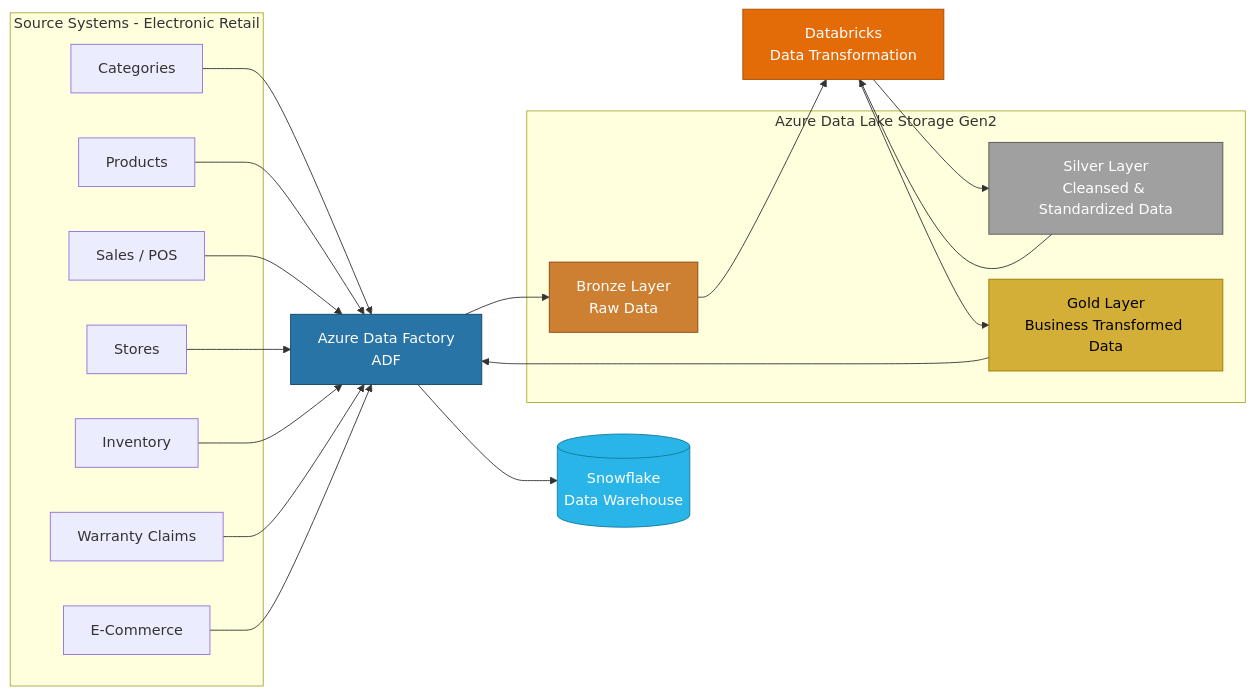
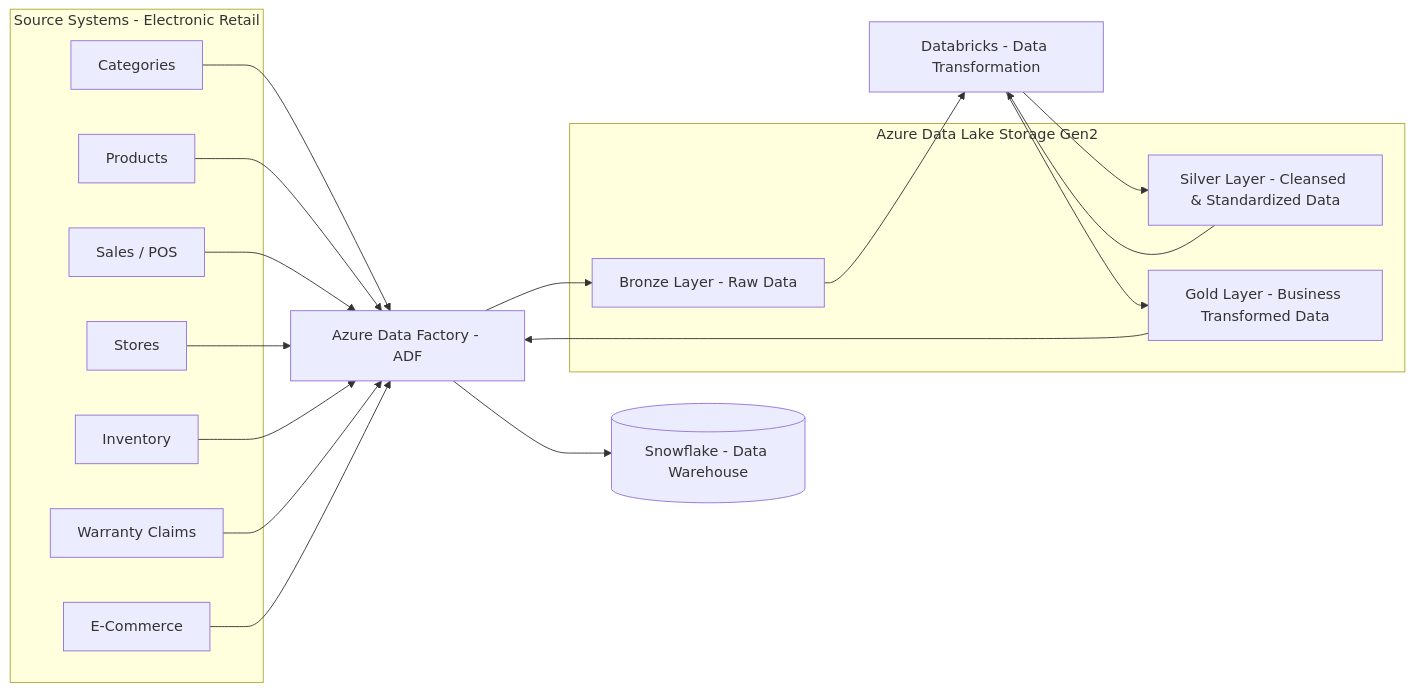
One commit to karthikpb13/Project1_Retail_domain changed the diagram in README.MD. Above: the diagram before and after it, drawn with Mermaid. The commit also changed other lines of this file, not shown here.

Commit message:
fresh commit

````diff
--- a/README.MD
+++ b/README.MD
@@ -55,46 +55,39 @@
 ```mermaid
 flowchart LR
 
     subgraph SOURCE["Source Systems - Electronic Retail"]
         A["Categories"]
         B["Products"]
         C["Sales / POS"]
         D["Stores"]
         E["Inventory"]
         F["Warranty Claims"]
         G["E-Commerce"]
     end
 
     subgraph LAKE["Azure Data Lake Storage Gen2"]
-        H["Bronze Layer<br/>Raw Data"]
-        I["Silver Layer<br/>Cleansed & Standardized Data"]
-        J["Gold Layer<br/>Business Transformed Data"]
+        H["Bronze Layer - Raw Data"]
+        I["Silver Layer - Cleansed & Standardized Data"]
+        J["Gold Layer - Business Transformed Data"]
     end
 
-    K["Azure Data Factory<br/>ADF"]
-    L["Databricks<br/>Data Transformation"]
-    M[("Snowflake<br/>Data Warehouse")]
+    K["Azure Data Factory - ADF"]
+    L["Databricks - Data Transformation"]
+    M[("Snowflake - Data Warehouse")]
 
     A --> K
     B --> K
     C --> K
     D --> K
     E --> K
     F --> K
     G --> K
 
     K --> H
     H --> L
     L --> I
     I --> L
     L --> J
     J --> K
     K --> M
-
-    style H fill:#CD7F32,color:#fff,stroke:#8B4513
-    style I fill:#A0A0A0,color:#fff,stroke:#555
-    style J fill:#D4AF37,color:#000,stroke:#997A00
-    style M fill:#29B5E8,color:#fff,stroke:#147A9C
-    style L fill:#E36C09,color:#fff,stroke:#A34B00
-    style K fill:#2874A6,color:#fff,stroke:#154360
 ```
````
